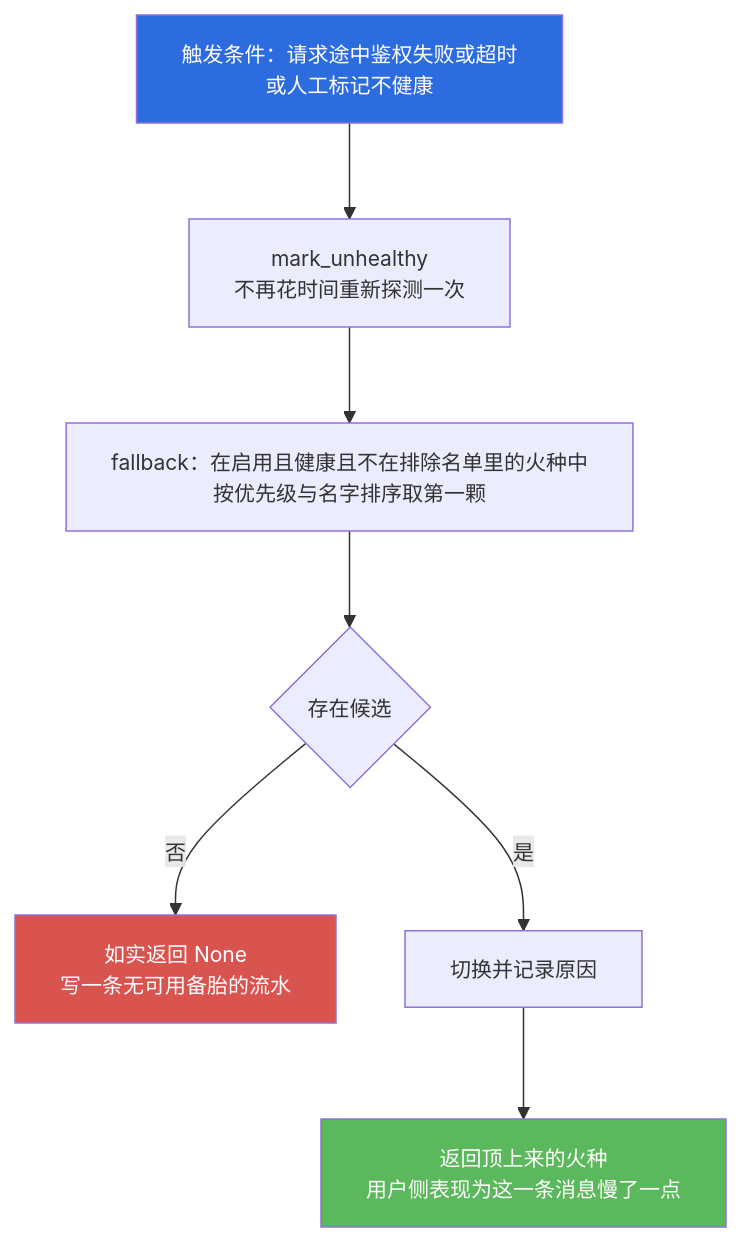
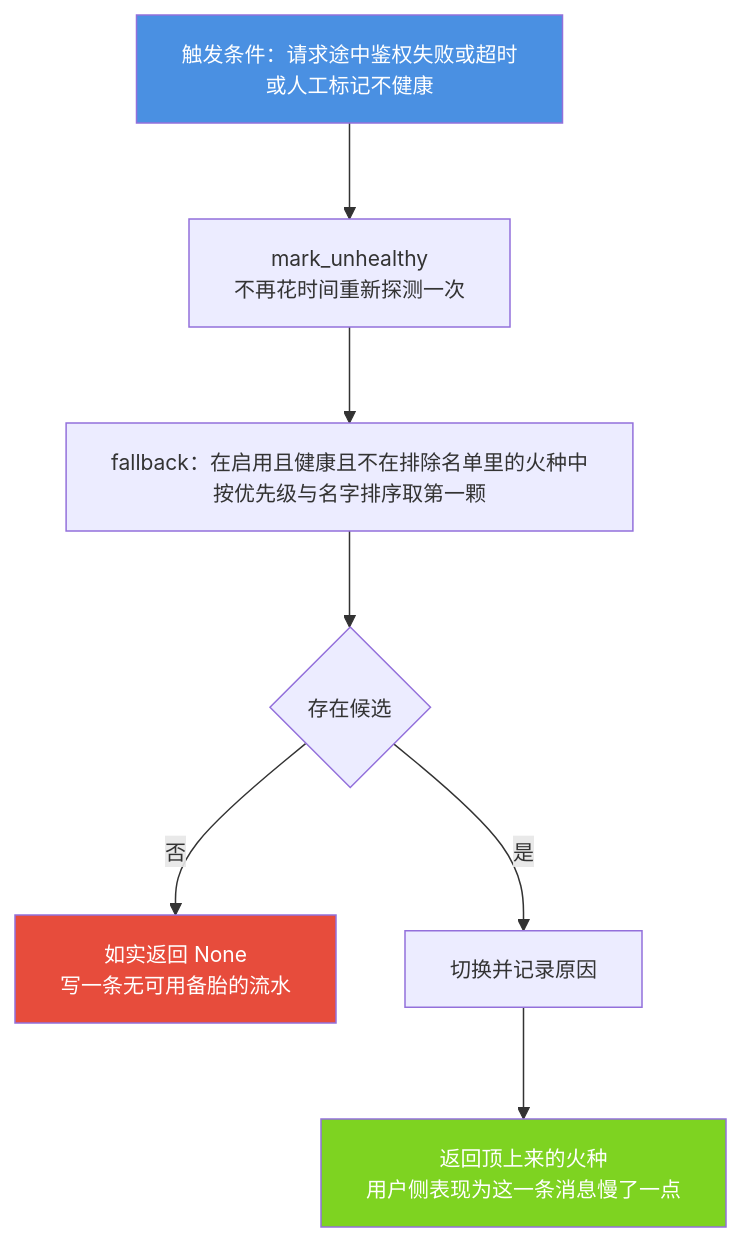
One commit to jiangchuangege/xiaojiao-harnees changed the third of 4 diagrams in docs/modules/07-transformer.md. Above: the diagram before and after it, drawn with Mermaid. The commit also changed other lines of this file and 32 other files, not shown here.

Commit message:
统一：全仓原理图配色到一套调色板 + 给 12 张灰图补色 + 修正自己会睡那张过期图

````diff
--- a/docs/modules/07-transformer.md
+++ b/docs/modules/07-transformer.md
@@ -246,14 +246,14 @@
 ```mermaid
 %%{init: {"themeVariables": {"fontSize": "14px"}, "flowchart": {"htmlLabels": true, "wrappingWidth": 340, "nodeSpacing": 46, "rankSpacing": 64, "useMaxWidth": true}}}%%
 flowchart TB
     TRIG["触发条件：请求途中鉴权失败或超时<br/>或人工标记不健康"] --> MARK["mark_unhealthy<br/>不再花时间重新探测一次"]
     MARK --> PICK["fallback：在启用且健康且不在排除名单里的火种中<br/>按优先级与名字排序取第一颗"]
     PICK --> NONE{"存在候选"}
     NONE -->|"否"| NOREPLY["如实返回 None<br/>写一条无可用备胎的流水"]
     NONE -->|"是"| SW["切换并记录原因"]
     SW --> OK["返回顶上来的火种<br/>用户侧表现为这一条消息慢了一点"]
 
-    style TRIG fill:#2d6cdf,color:#fff
-    style OK fill:#5cb85c,color:#fff
-    style NOREPLY fill:#d9534f,color:#fff
+    style TRIG fill:#4A90E2,color:#fff
+    style OK fill:#7ED321,color:#fff
+    style NOREPLY fill:#E74C3C,color:#fff
 ```
````
